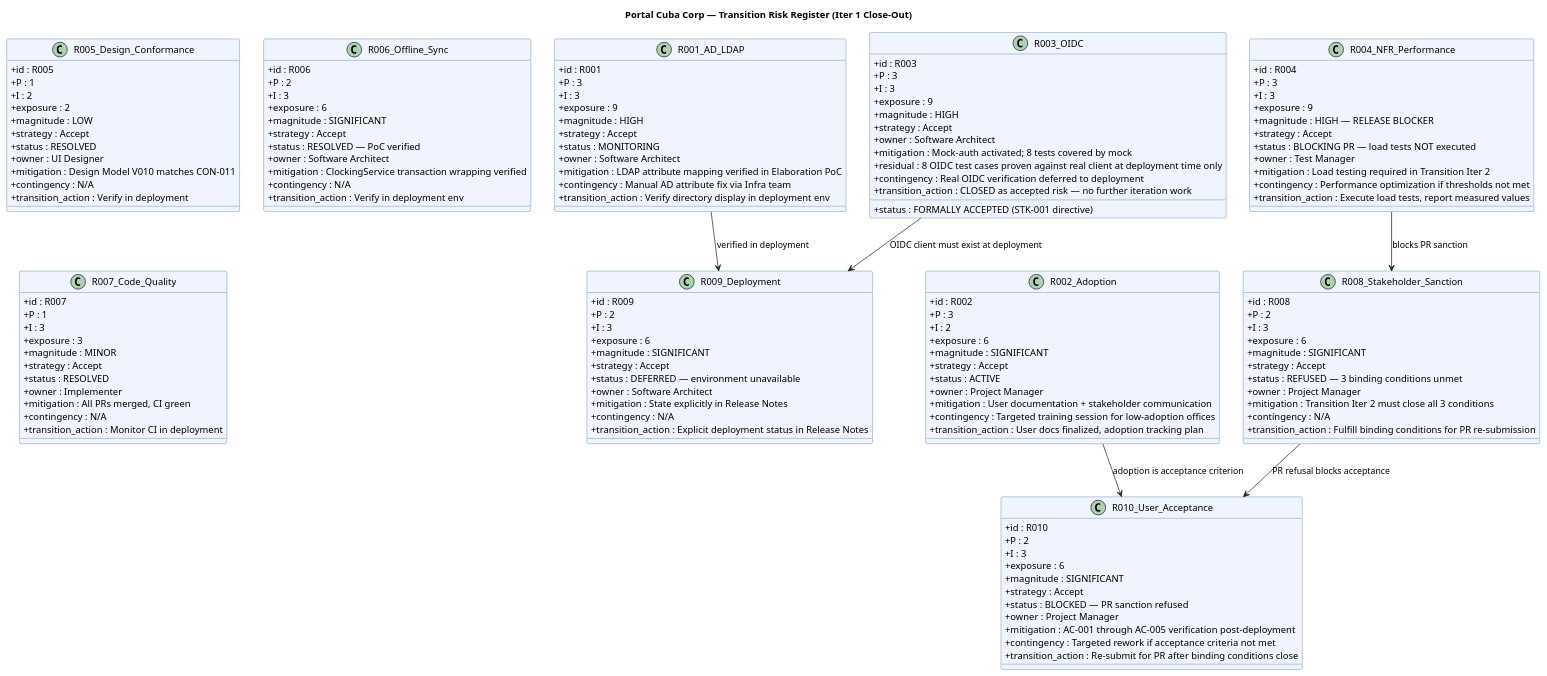
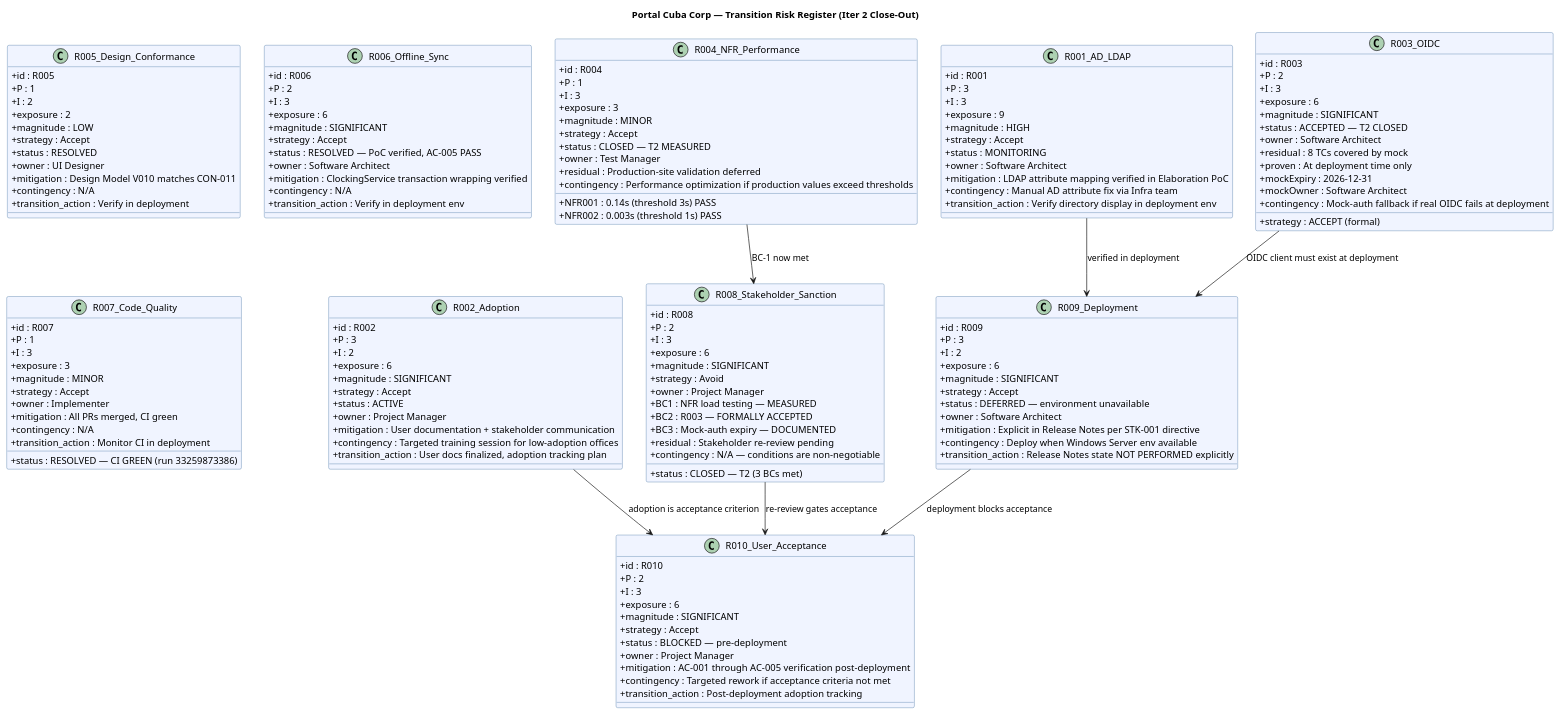
One commit to banense-test/portal-cuba-corp changed the diagram in docs/artifacts/project-management/risk-list.md. Above: the diagram before and after it, drawn with PlantUML. The commit also changed other lines of this file, not shown here.

Commit message:
Project Manager [T2]: upsert Risk List
[skip ci]

````diff
--- a/docs/artifacts/project-management/risk-list.md
+++ b/docs/artifacts/project-management/risk-list.md
@@ -31,10 +32,11 @@
 ```plantuml
 @startuml
-title Portal Cuba Corp — Transition Risk Register (Iter 1 Close-Out)
+title Portal Cuba Corp — Transition Risk Register (Iter 2 Close-Out)
 
 skinparam classAttributeIconSize 0
 skinparam classBackgroundColor #F0F4FF
 skinparam classBorderColor #336699
+skinparam shadowing false
 
 class R001_AD_LDAP {
   + id : R001
@@ -66,31 +68,33 @@
 
 class R003_OIDC {
   + id : R003
-  + P : 3
+  + P : 2
   + I : 3
-  + exposure : 9
-  + magnitude : HIGH
-  + strategy : Accept
-  + status : FORMALLY ACCEPTED (STK-001 directive)
+  + exposure : 6
+  + magnitude : SIGNIFICANT
+  + strategy : ACCEPT (formal)
+  + status : ACCEPTED — T2 CLOSED
   + owner : Software Architect
-  + mitigation : Mock-auth activated; 8 tests covered by mock
-  + residual : 8 OIDC test cases proven against real client at deployment time only
-  + contingency : Real OIDC verification deferred to deployment
-  + transition_action : CLOSED as accepted risk — no further iteration work
+  + residual : 8 TCs covered by mock
+  + proven : At deployment time only
+  + mockExpiry : 2026-12-31
+  + mockOwner : Software Architect
+  + contingency : Mock-auth fallback if real OIDC fails at deployment
 }
 
 class R004_NFR_Performance {
   + id : R004
-  + P : 3
+  + P : 1
   + I : 3
-  + exposure : 9
-  + magnitude : HIGH — RELEASE BLOCKER
+  + exposure : 3
+  + magnitude : MINOR
   + strategy : Accept
-  + status : BLOCKING PR — load tests NOT executed
+  + status : CLOSED — T2 MEASURED
   + owner : Test Manager
-  + mitigation : Load testing required in Transition Iter 2
-  + contingency : Performance optimization if thresholds not met
-  + transition_action : Execute load tests, report measured values
+  + NFR001 : 0.14s (threshold 3s) PASS
+  + NFR002 : 0.003s (threshold 1s) PASS
+  + residual : Production-site validation deferred
+  + contingency : Performance optimization if production values exceed thresholds
 }
 
 class R005_Design_Conformance {
@@ -114,7 +118,7 @@
   + exposure : 6
   + magnitude : SIGNIFICANT
   + strategy : Accept
-  + status : RESOLVED — PoC verified
+  + status : RESOLVED — PoC verified, AC-005 PASS
   + owner : Software Architect
   + mitigation : ClockingService transaction wrapping verified
   + contingency : N/A
@@ -128,7 +132,7 @@
   + exposure : 3
   + magnitude : MINOR
   + strategy : Accept
-  + status : RESOLVED
+  + status : RESOLVED — CI GREEN (run 33259873386)
   + owner : Implementer
   + mitigation : All PRs merged, CI green
   + contingency : N/A
@@ -141,26 +145,28 @@
   + I : 3
   + exposure : 6
   + magnitude : SIGNIFICANT
-  + strategy : Accept
-  + status : REFUSED — 3 binding conditions unmet
+  + strategy : Avoid
+  + status : CLOSED — T2 (3 BCs met)
   + owner : Project Manager
-  + mitigation : Transition Iter 2 must close all 3 conditions
-  + contingency : N/A
-  + transition_action : Fulfill binding conditions for PR re-submission
+  + BC1 : NFR load testing — MEASURED
+  + BC2 : R003 — FORMALLY ACCEPTED
+  + BC3 : Mock-auth expiry — DOCUMENTED
+  + residual : Stakeholder re-review pending
+  + contingency : N/A — conditions are non-negotiable
 }
 
 class R009_Deployment {
   + id : R009
-  + P : 2
-  + I : 3
+  + P : 3
+  + I : 2
   + exposure : 6
   + magnitude : SIGNIFICANT
   + strategy : Accept
   + status : DEFERRED — environment unavailable
   + owner : Software Architect
-  + mitigation : State explicitly in Release Notes
-  + contingency : N/A
-  + transition_action : Explicit deployment status in Release Notes
+  + mitigation : Explicit in Release Notes per STK-001 directive
+  + contingency : Deploy when Windows Server env available
+  + transition_action : Release Notes state NOT PERFORMED explicitly
 }
 
 class R010_User_Acceptance {
@@ -170,18 +176,19 @@
   + exposure : 6
   + magnitude : SIGNIFICANT
   + strategy : Accept
-  + status : BLOCKED — PR sanction refused
+  + status : BLOCKED — pre-deployment
   + owner : Project Manager
   + mitigation : AC-001 through AC-005 verification post-deployment
   + contingency : Targeted rework if acceptance criteria not met
-  + transition_action : Re-submit for PR after binding conditions close
+  + transition_action : Post-deployment adoption tracking
 }
 
 R001_AD_LDAP --> R009_Deployment : "verified in deployment"
 R003_OIDC --> R009_Deployment : "OIDC client must exist at deployment"
-R004_NFR_Performance --> R008_Stakeholder_Sanction : "blocks PR sanction"
+R004_NFR_Performance --> R008_Stakeholder_Sanction : "BC-1 now met"
 R002_Adoption --> R010_User_Acceptance : "adoption is acceptance criterion"
-R008_Stakeholder_Sanction --> R010_User_Acceptance : "PR refusal blocks acceptance"
+R008_Stakeholder_Sanction --> R010_User_Acceptance : "re-review gates acceptance"
+R009_Deployment --> R010_User_Acceptance : "deployment blocks acceptance"
 
 @enduml
 ```
````
